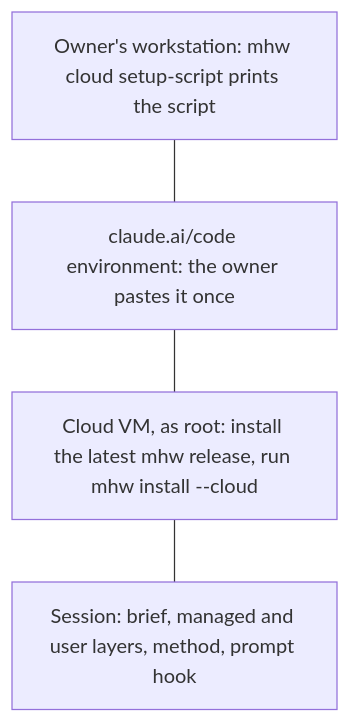
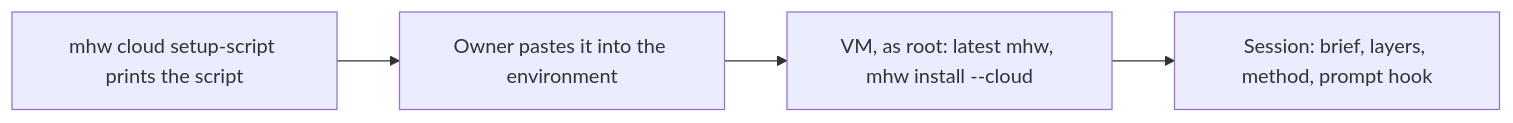
One commit to tedeuxx/mhw changed the diagram in docs/mhw-product-requirements-document-cloud-environments.md. Above: the diagram before and after it, drawn with Mermaid. The commit also changed other lines of this file, not shown here.

First line of the commit message:
Record the interview decisions' source and fix the flow diagram

````diff
--- a/docs/mhw-product-requirements-document-cloud-environments.md
+++ b/docs/mhw-product-requirements-document-cloud-environments.md
@@ -50,8 +56,6 @@
 ```mermaid
-flowchart TB
-  A["Owner's workstation: mhw cloud setup-script prints the script"]
-  B["claude.ai/code environment: the owner pastes it once"]
-  C["Cloud VM, as root: install the latest mhw release, run mhw install --cloud"]
-  D["Session: brief, managed and user layers, method, prompt hook"]
-  A --- B --- C --- D
+flowchart LR
+  A["mhw cloud setup-script prints the script"] --> B["Owner pastes it into the environment"]
+  B --> C["VM, as root: latest mhw, mhw install --cloud"]
+  C --> D["Session: brief, layers, method, prompt hook"]
 ```
````
